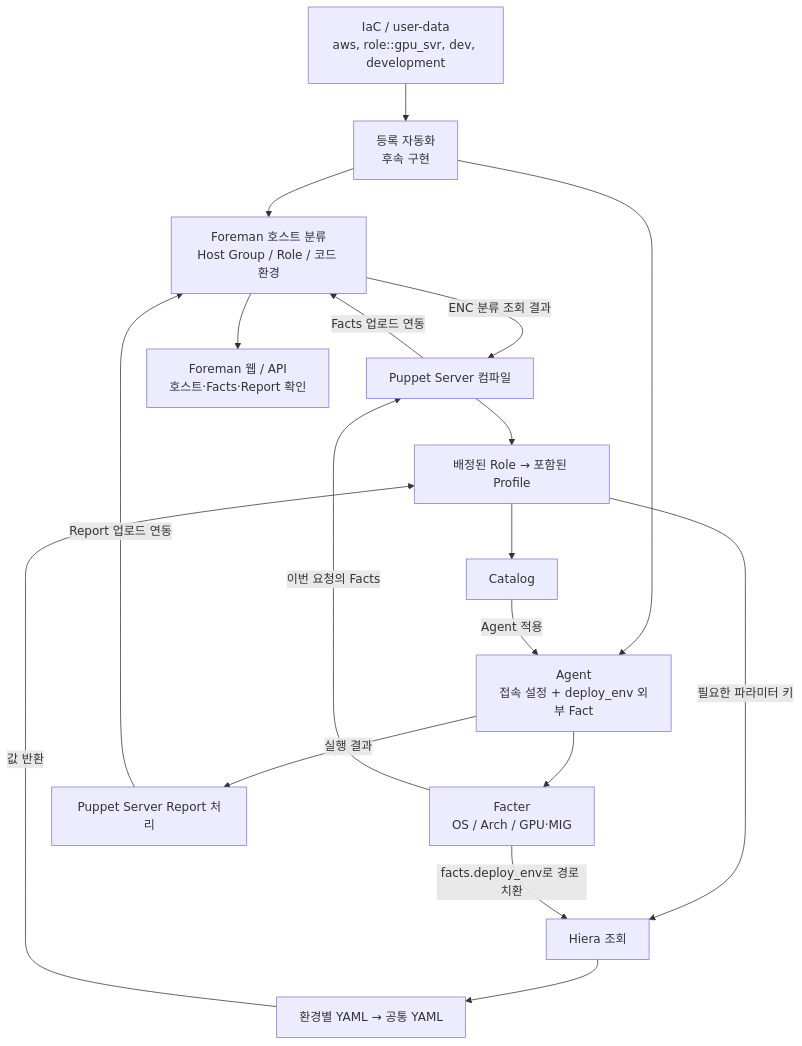
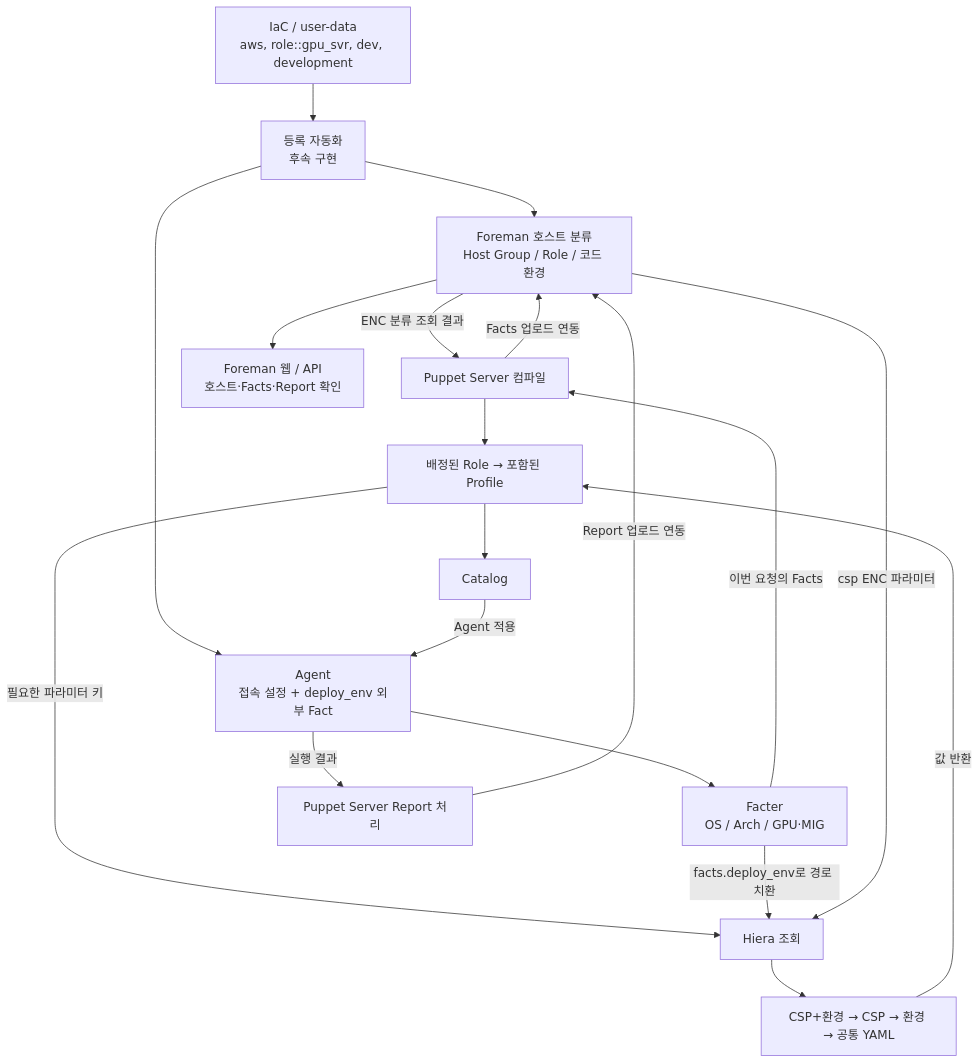
One commit to heyoon2j/y2-devops-lab changed the first of 3 diagrams in foreman-puppet/docs/LOOKUP_AND_REGISTRATION.md. Above: the diagram before and after it, drawn with Mermaid. The commit also changed other lines of this file and 11 other files, not shown here.

````diff
--- a/foreman-puppet/docs/LOOKUP_AND_REGISTRATION.md
+++ b/foreman-puppet/docs/LOOKUP_AND_REGISTRATION.md
@@ -17,20 +17,21 @@
 ```mermaid
 flowchart TD
     I["IaC / user-data\naws, role::gpu_svr, dev, development"] --> B["등록 자동화\n후속 구현"]
     B --> F["Foreman 호스트 분류\nHost Group / Role / 코드 환경"]
     B --> A["Agent\n접속 설정 + deploy_env 외부 Fact"]
     A --> Q["Facter\nOS / Arch / GPU·MIG"]
     Q -->|"이번 요청의 Facts"| P["Puppet Server 컴파일"]
     F -->|"ENC 분류 조회 결과"| P
     P --> R["배정된 Role → 포함된 Profile"]
     R -->|"필요한 파라미터 키"| H["Hiera 조회"]
     Q -->|"facts.deploy_env로 경로 치환"| H
-    H --> D["환경별 YAML → 공통 YAML"]
+    F -->|"csp ENC 파라미터"| H
+    H --> D["CSP+환경 → CSP → 환경 → 공통 YAML"]
     D -->|"값 반환"| R
     R --> C["Catalog"]
     C -->|"Agent 적용"| A
     A -->|"실행 결과"| PS["Puppet Server Report 처리"]
     P -->|"Facts 업로드 연동"| F
     PS -->|"Report 업로드 연동"| F
     F --> W["Foreman 웹 / API\n호스트·Facts·Report 확인"]
 ```
````
